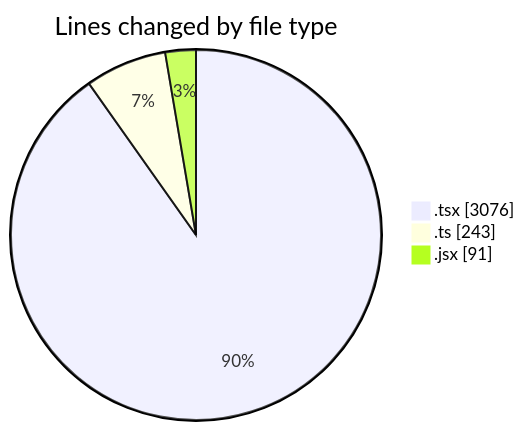
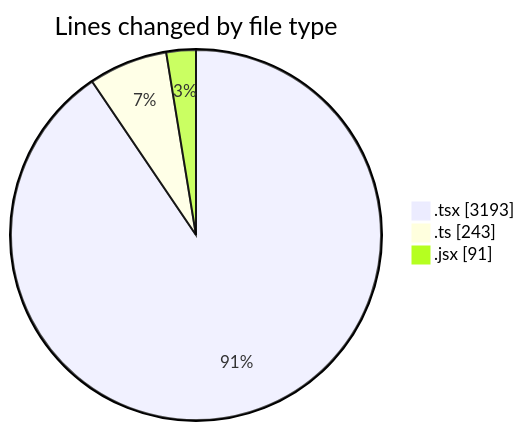
Before and after one commit to momahboobian/code-tracking: the first of 2 diagrams in 2026-04-27/cda/README.md, drawn with Mermaid. The commit also changed other lines of this file and 1 other file, not shown here.

````diff
--- a/2026-04-27/cda/README.md
+++ b/2026-04-27/cda/README.md
@@ -31,7 +31,7 @@
 ```mermaid
 pie showData
 title Lines changed by file type
-".tsx" : 3076
+".tsx" : 3193
 ".ts" : 243
 ".jsx" : 91
 ```
````
